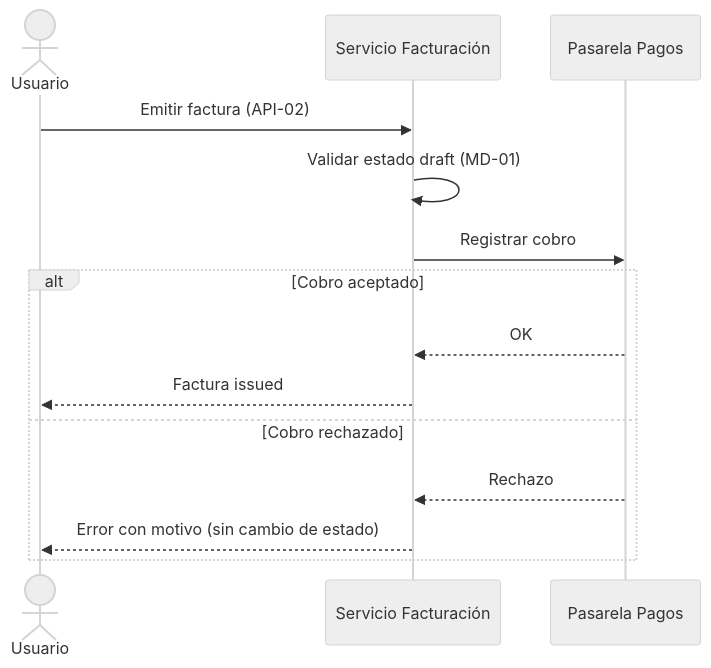
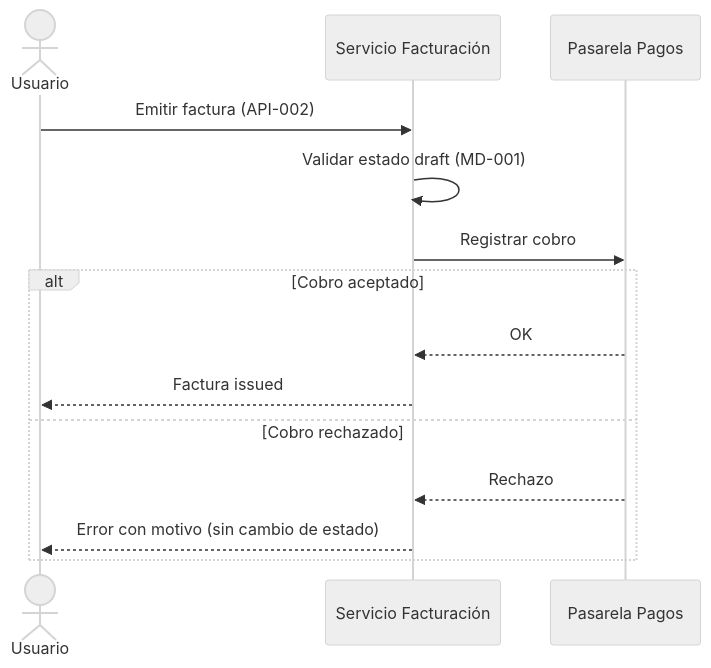
One commit to juanca202/sdd-devkit changed the first of 2 diagrams in skills/design-define/references/element-standards.md. Above: the diagram before and after it, drawn with Mermaid (neutral theme). The commit also changed other lines of this file and 14 other files, not shown here.

Commit message:
refactor(design-define): move element ids to 3 digits and give flows their own files

````diff
--- a/skills/design-define/references/element-standards.md
+++ b/skills/design-define/references/element-standards.md
@@ -128,16 +129,16 @@
 ```mermaid
 sequenceDiagram
   actor U as Usuario
   participant F as Servicio Facturación
   participant P as Pasarela Pagos
-  U->>F: Emitir factura (API-02)
-  F->>F: Validar estado draft (MD-01)
+  U->>F: Emitir factura (API-002)
+  F->>F: Validar estado draft (MD-001)
   F->>P: Registrar cobro
   alt Cobro aceptado
     P-->>F: OK
     F-->>U: Factura issued
   else Cobro rechazado
     P-->>F: Rechazo
     F-->>U: Error con motivo (sin cambio de estado)
   end
 ```
````
